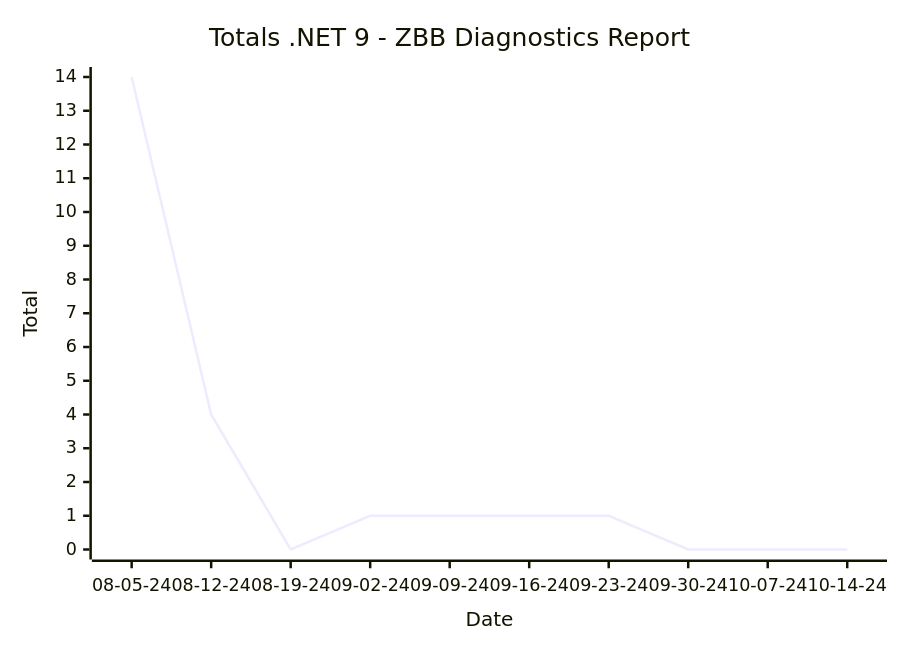
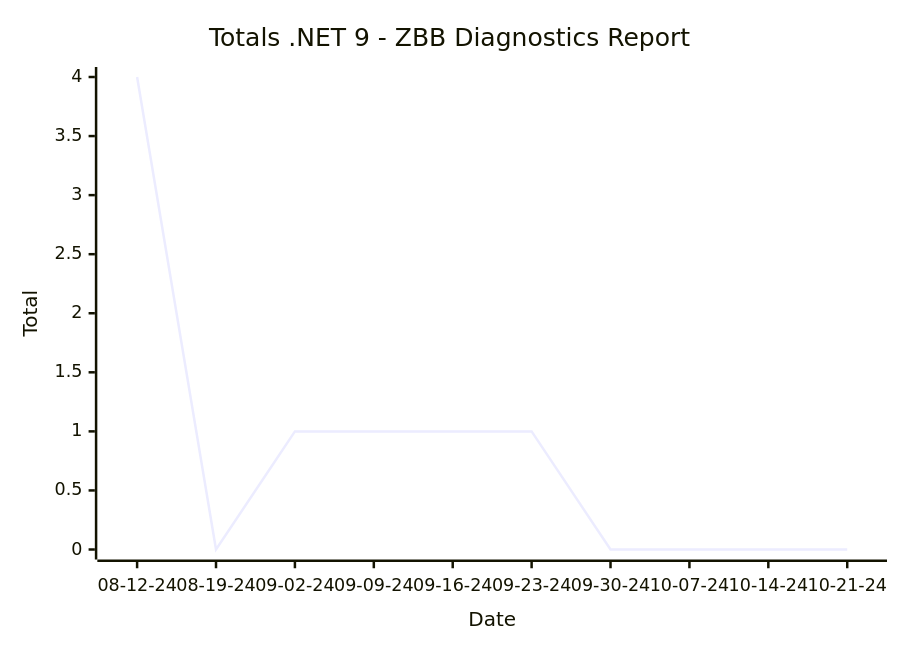
Before and after one commit to hoyosjs/gh-issue-tracker: the second of 2 diagrams in reports/README.md, drawn with Mermaid. The commit also changed other lines of this file and 4 other files, not shown here.

````diff
--- a/reports/README.md
+++ b/reports/README.md
@@ -24,7 +24,7 @@
 ```mermaid
 xychart-beta
   title "Totals .NET 9 - ZBB Diagnostics Report"
-  x-axis "Date" ["08-05-24", "08-12-24", "08-19-24", "09-02-24", "09-09-24", "09-16-24", "09-23-24", "09-30-24", "10-07-24", "10-14-24"]
+  x-axis "Date" ["08-12-24", "08-19-24", "09-02-24", "09-09-24", "09-16-24", "09-23-24", "09-30-24", "10-07-24", "10-14-24", "10-21-24"]
   y-axis "Total"
-  line [14, 4, 0, 1, 1, 1, 1, 0, 0, 0]
+  line [4, 0, 1, 1, 1, 1, 0, 0, 0, 0]
 ```
````
